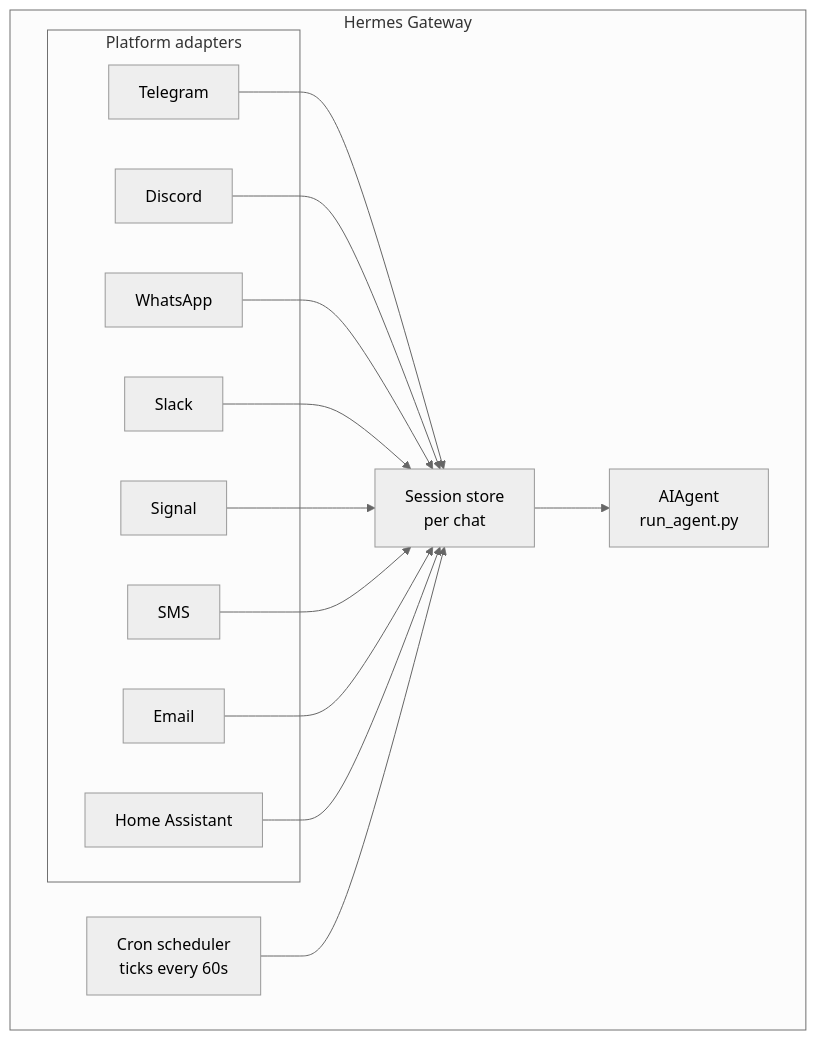
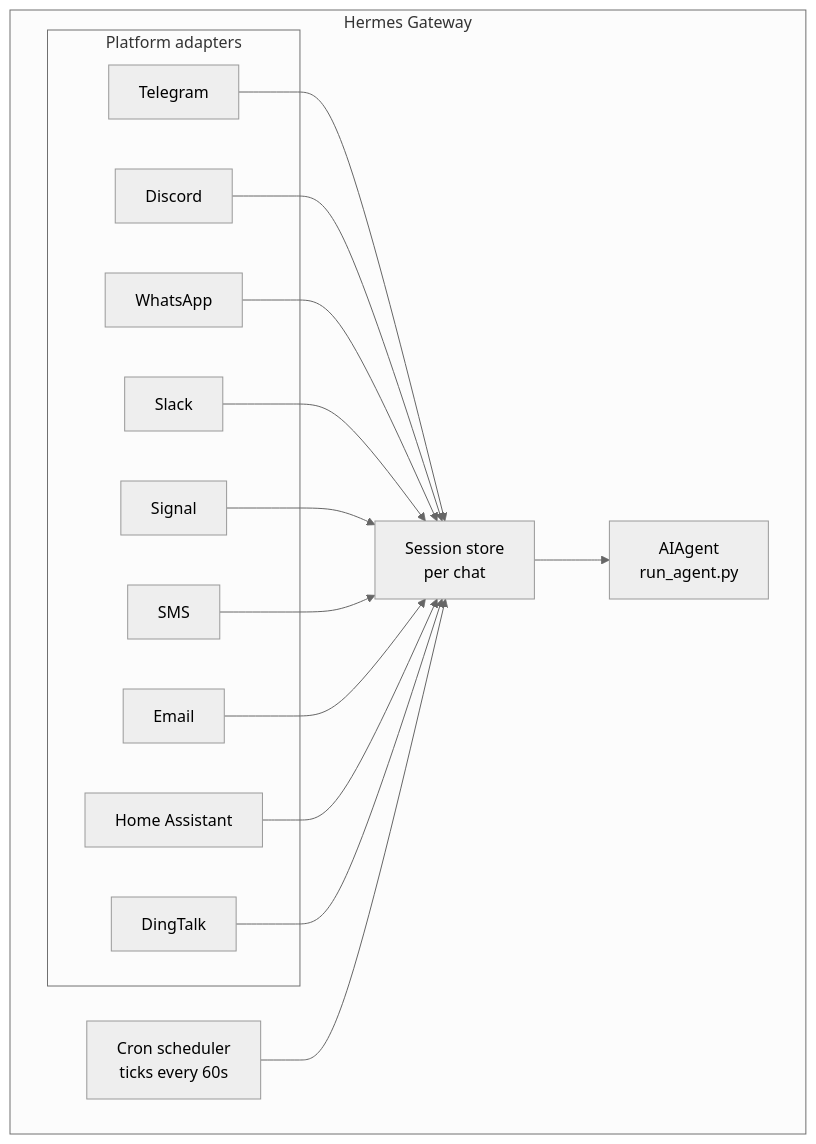
Before and after one commit to NousResearch/hermes-agent: the diagram in website/docs/user-guide/messaging/index.md, drawn with Mermaid (neutral theme). The commit also changed other lines of this file and 2 other files, not shown here.

First line of the commit message:
docs: add DingTalk setup guide and Alibaba Cloud provider to Docusaurus docs (#1692)

````diff
--- a/website/docs/user-guide/messaging/index.md
+++ b/website/docs/user-guide/messaging/index.md
@@ -15,30 +15,32 @@
 ```mermaid
 flowchart TB
     subgraph Gateway["Hermes Gateway"]
         subgraph Adapters["Platform adapters"]
             tg[Telegram]
             dc[Discord]
             wa[WhatsApp]
             sl[Slack]
             sig[Signal]
             sms[SMS]
             em[Email]
             ha[Home Assistant]
+            dt[DingTalk]
         end
 
         store["Session store<br/>per chat"]
         agent["AIAgent<br/>run_agent.py"]
         cron["Cron scheduler<br/>ticks every 60s"]
     end
 
     tg --> store
     dc --> store
     wa --> store
     sl --> store
     sig --> store
     sms --> store
     em --> store
     ha --> store
+    dt --> store
     store --> agent
     cron --> store
 ```
````
